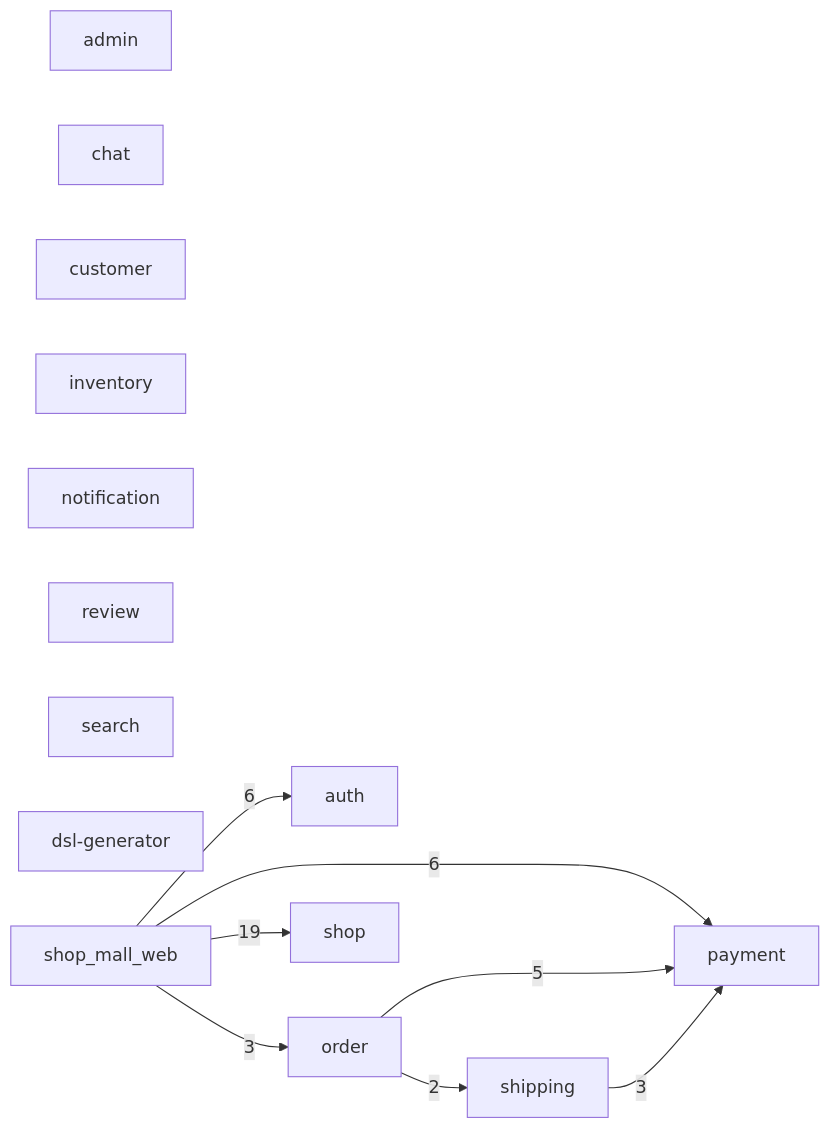
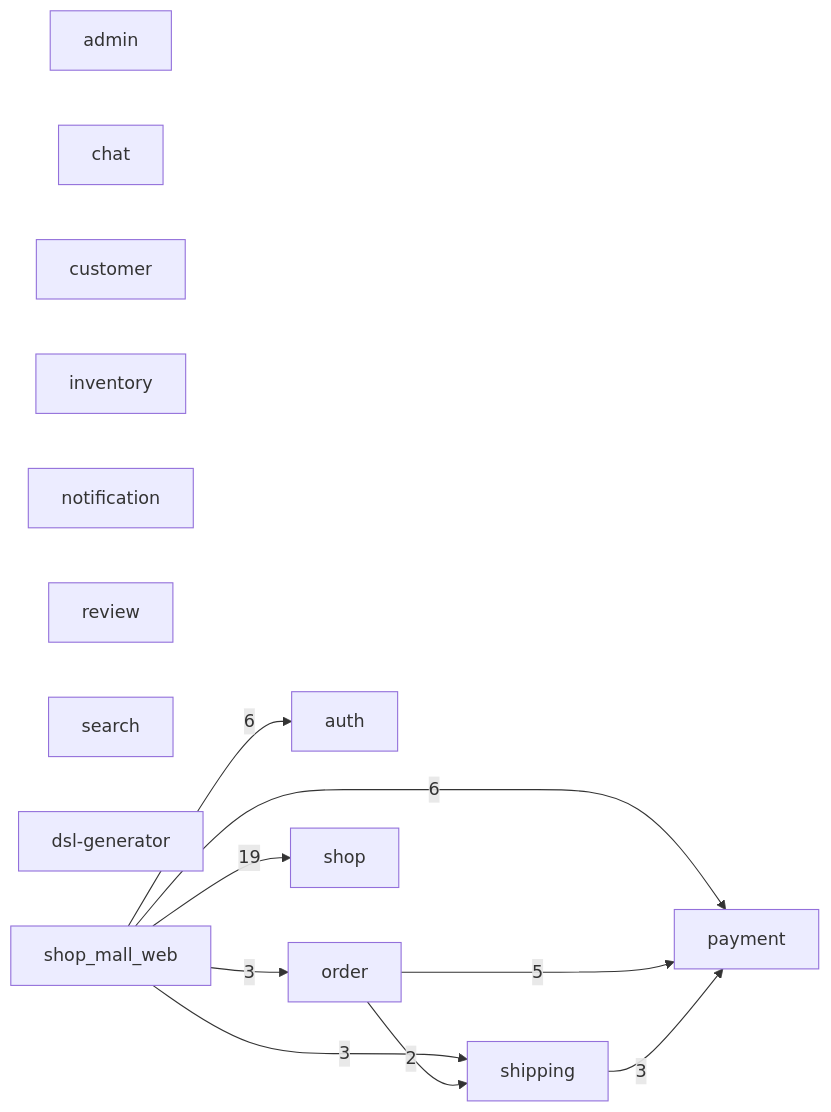
The diagram in ARCHITECTURE.md (makoto-developer/go_microservice_example), drawn with Mermaid before and after one commit. The commit also changed other lines of this file and 3 other files, not shown here.

````diff
--- a/ARCHITECTURE.md
+++ b/ARCHITECTURE.md
@@ -10,24 +10,25 @@
 ```mermaid
 graph LR
   s0["admin"]
   s1["auth"]
   s2["chat"]
   s3["customer"]
   s4["inventory"]
   s5["notification"]
   s6["order"]
   s7["payment"]
   s8["review"]
   s9["search"]
   s10["shipping"]
   s11["shop"]
   s12["dsl-generator"]
   s13["shop_mall_web"]
   s13 -->|"19"| s11
   s13 -->|"6"| s7
   s13 -->|"6"| s1
   s6 -->|"5"| s7
   s10 -->|"3"| s7
+  s13 -->|"3"| s10
   s13 -->|"3"| s6
   s6 -->|"2"| s10
 ```
````
